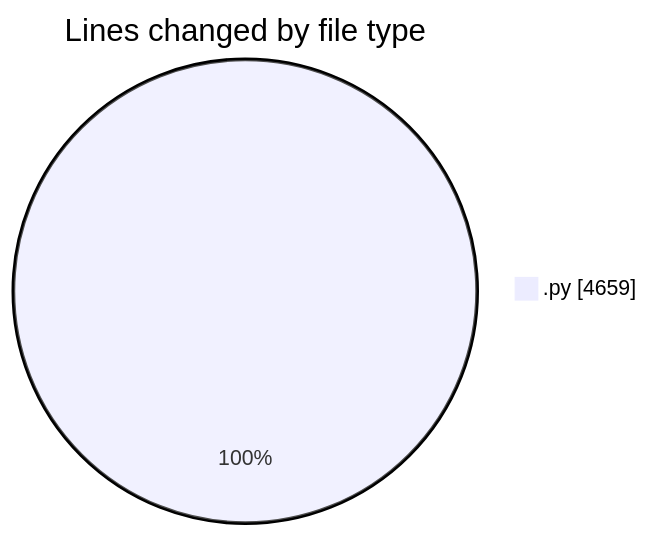
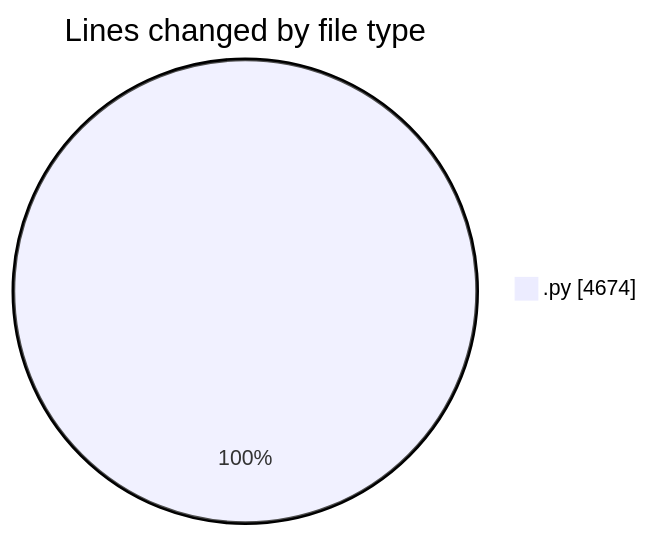
The first of 2 diagrams in 2025-05-08/myws__workspace_/README.md (MatusMokan/code-tracking), drawn with Mermaid before and after one commit. The commit also changed other lines of this file and 1 other file, not shown here.

````diff
--- a/2025-05-08/myws__workspace_/README.md
+++ b/2025-05-08/myws__workspace_/README.md
@@ -24,5 +24,5 @@
 ```mermaid
 pie showData
 title Lines changed by file type
-".py" : 4659
+".py" : 4674
 ```
````
